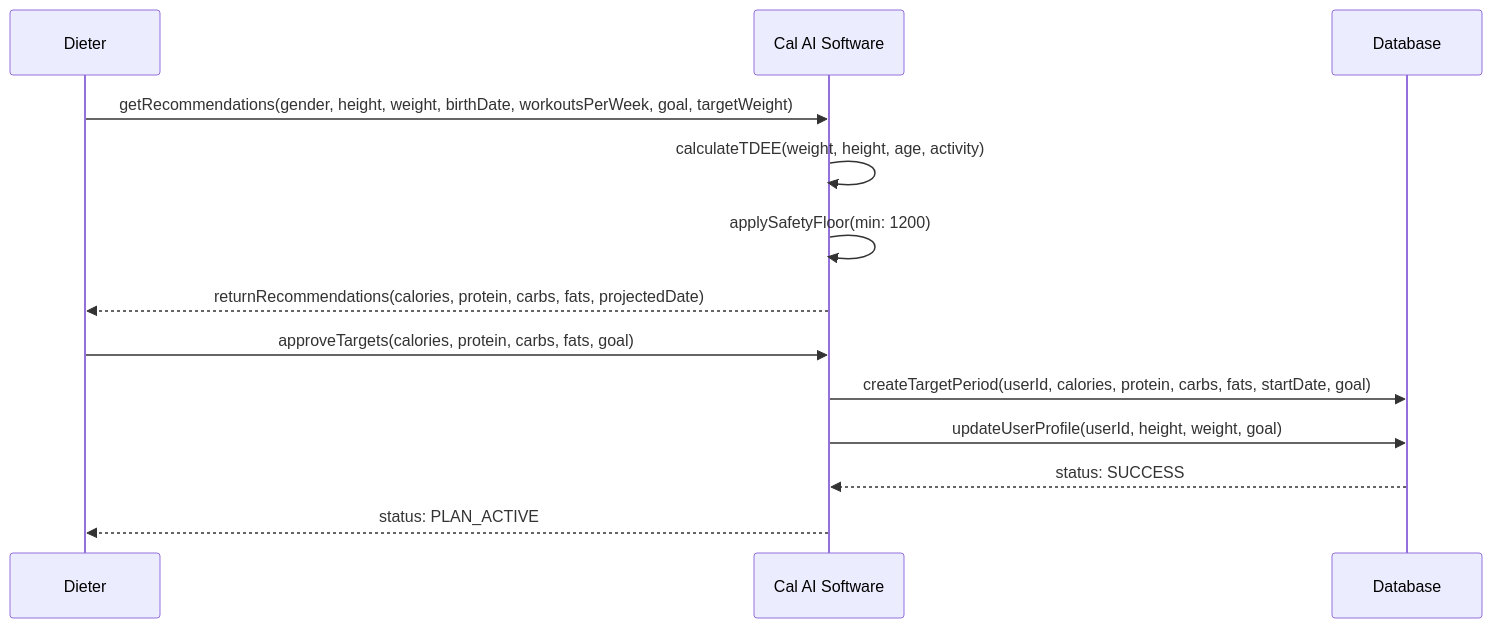
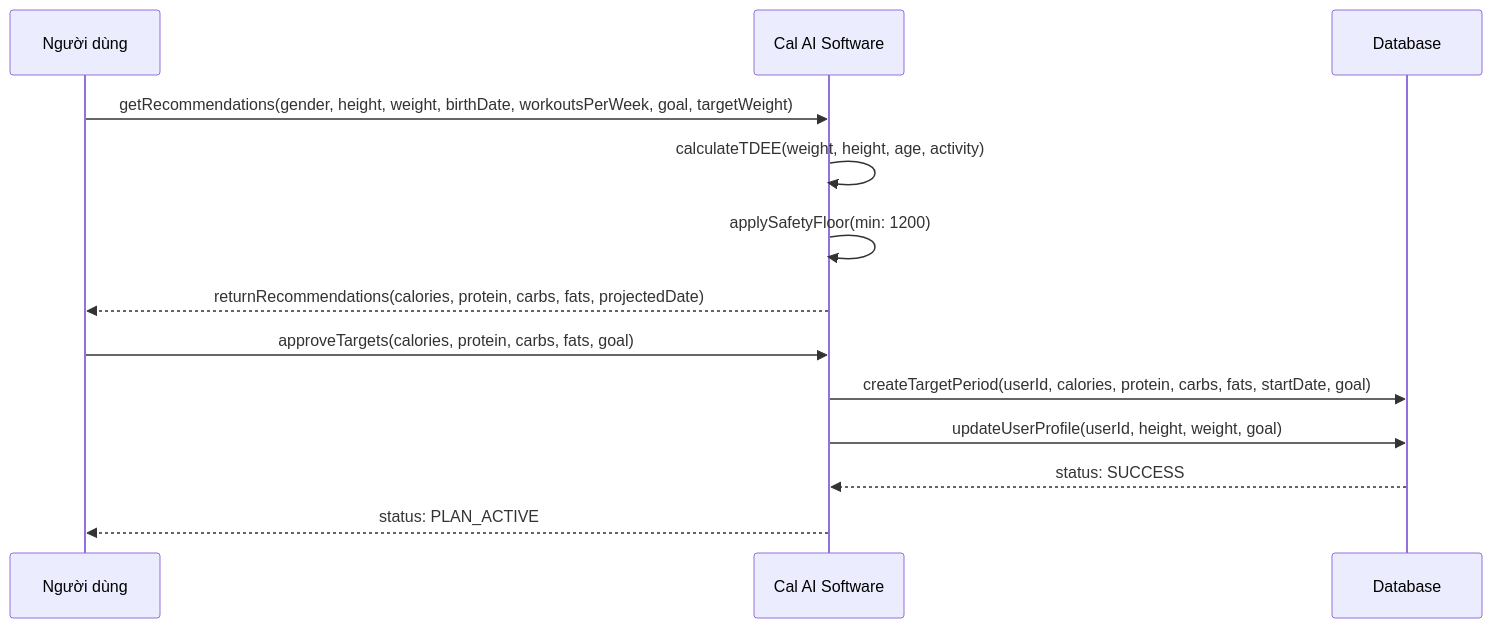
The second of 7 diagrams in docs/USE_CASES.md (MinhTriet0612/CalAIClone), drawn with Mermaid before and after one commit. The commit also changed other lines of this file and 18 other files, not shown here.

````diff
--- a/docs/USE_CASES.md
+++ b/docs/USE_CASES.md
@@ -66,16 +66,16 @@
 ```mermaid
 sequenceDiagram
-    participant D as Dieter
+    participant D as Người dùng
     participant S as Cal AI Software
     participant DB as Database
 
     D->>S: getRecommendations(gender, height, weight, birthDate, workoutsPerWeek, goal, targetWeight)
     S->>S: calculateTDEE(weight, height, age, activity)
     S->>S: applySafetyFloor(min: 1200)
     S-->>D: returnRecommendations(calories, protein, carbs, fats, projectedDate)
     D->>S: approveTargets(calories, protein, carbs, fats, goal)
     S->>DB: createTargetPeriod(userId, calories, protein, carbs, fats, startDate, goal)
     S->>DB: updateUserProfile(userId, height, weight, goal)
     DB-->>S: status: SUCCESS
     S-->>D: status: PLAN_ACTIVE
 ```
````
